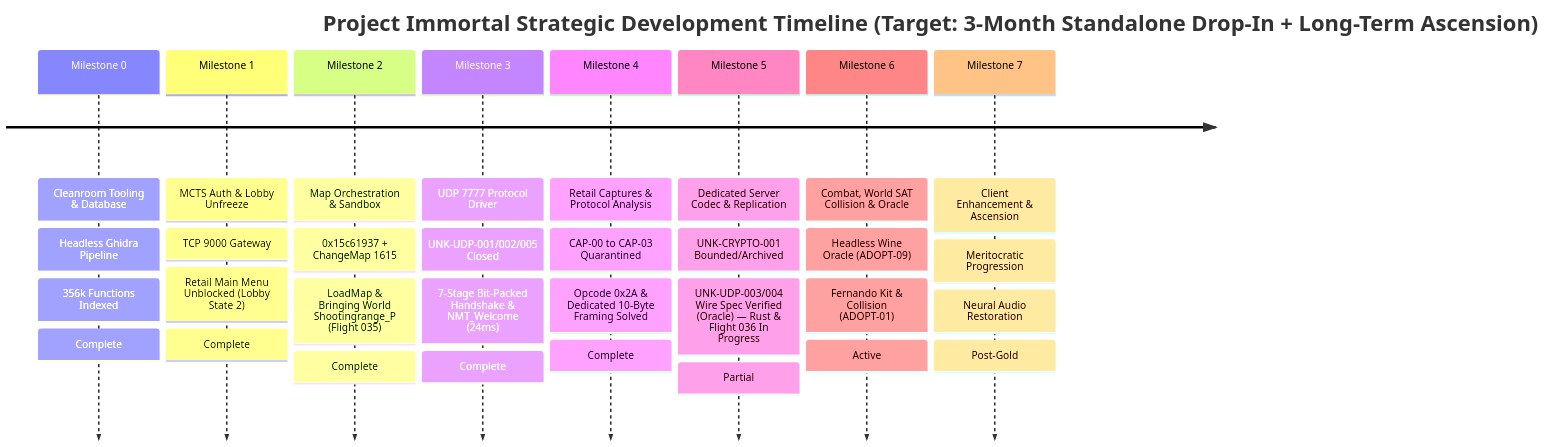
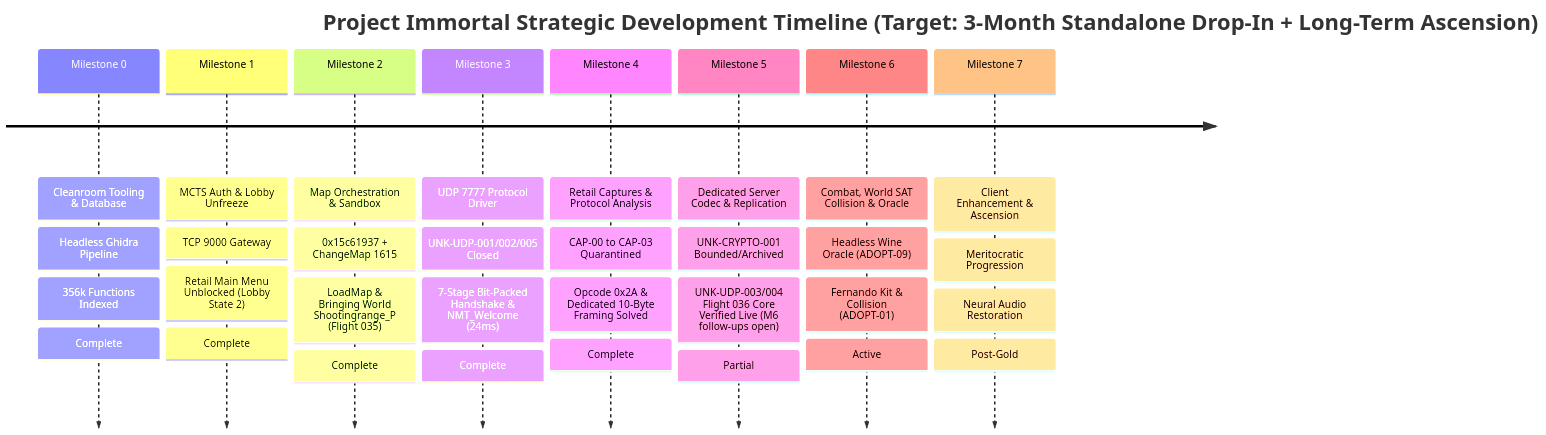
Before and after one commit to project-immortal/immortal: the second of 2 diagrams in docs/specs/ROADMAP.md, drawn with Mermaid. The commit also changed other lines of this file and 8 other files, not shown here.

Commit message:
docs(ledger,flight): promote CAP-04 evidence, Flight 036 Core status, and substring ACTORS_REPLICATED match

````diff
--- a/docs/specs/ROADMAP.md
+++ b/docs/specs/ROADMAP.md
@@ -68,12 +68,12 @@
 ```mermaid
 timeline
     title Project Immortal Strategic Development Timeline (Target: 3-Month Standalone Drop-In + Long-Term Ascension)
     Milestone 0 : Cleanroom Tooling & Database : Headless Ghidra Pipeline : 356k Functions Indexed : Complete
     Milestone 1 : MCTS Auth & Lobby Unfreeze : TCP 9000 Gateway : Retail Main Menu Unblocked (Lobby State 2) : Complete
     Milestone 2 : Map Orchestration & Sandbox : 0x15c61937 + ChangeMap 1615 : LoadMap & Bringing World Shootingrange_P (Flight 035) : Complete
     Milestone 3 : UDP 7777 Protocol Driver : UNK-UDP-001/002/005 Closed : 7-Stage Bit-Packed Handshake & NMT_Welcome (24ms) : Complete
     Milestone 4 : Retail Captures & Protocol Analysis : CAP-00 to CAP-03 Quarantined : Opcode 0x2A & Dedicated 10-Byte Framing Solved : Complete
-    Milestone 5 : Dedicated Server Codec & Replication : UNK-CRYPTO-001 Bounded/Archived : UNK-UDP-003/004 Wire Spec Verified (Oracle) — Rust & Flight 036 In Progress : Partial
+    Milestone 5 : Dedicated Server Codec & Replication : UNK-CRYPTO-001 Bounded/Archived : UNK-UDP-003/004 Flight 036 Core Verified Live (M6 follow-ups open) : Partial
     Milestone 6 : Combat, World SAT Collision & Oracle : Headless Wine Oracle (ADOPT-09) : Fernando Kit & Collision (ADOPT-01) : Active
     Milestone 7 : Client Enhancement & Ascension : Meritocratic Progression : Neural Audio Restoration : Post-Gold
 ```
````
